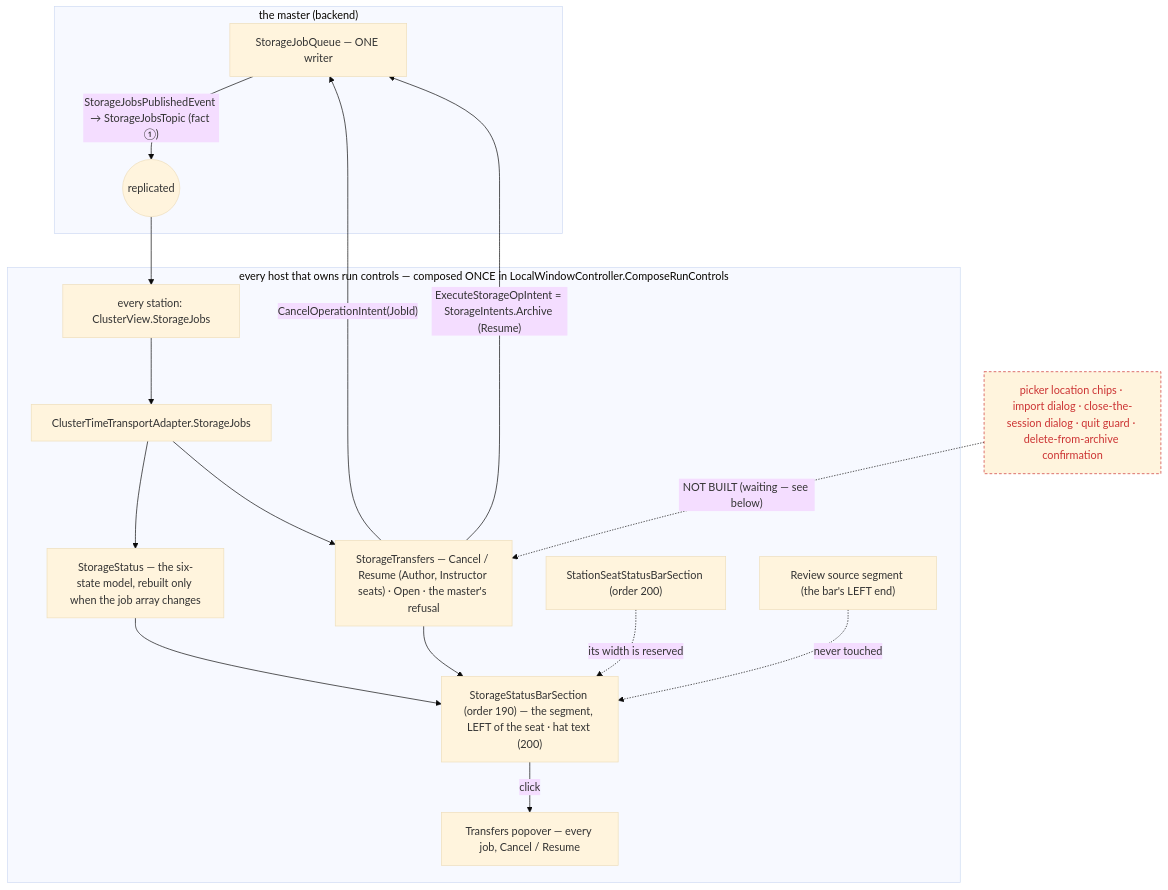
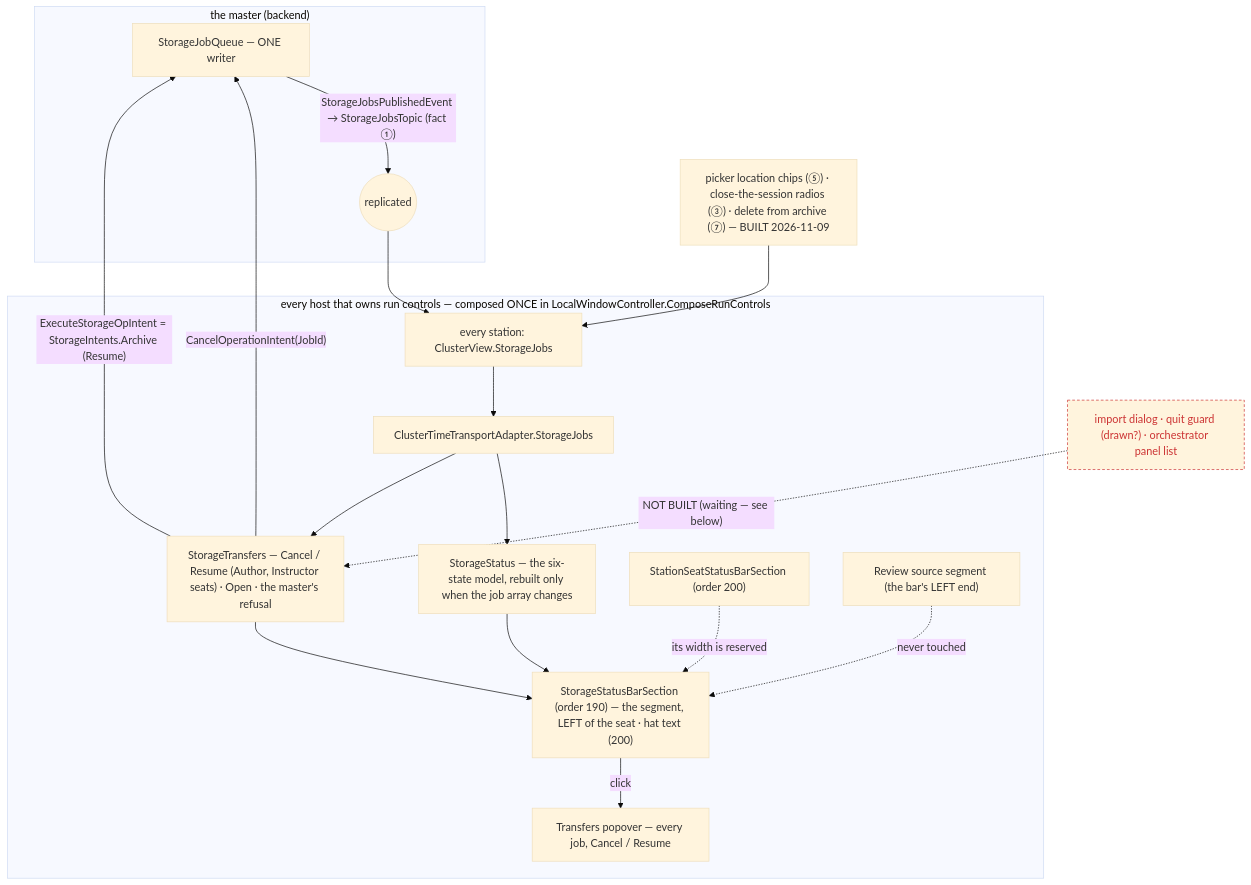
Before and after one commit to pjanec/HROT: the eighth of 8 diagrams in docs/DESIGN_Recording_Storage.md, drawn with Mermaid (base theme). The commit also changed other lines of this file and 20 other files, not shown here.

````diff
--- a/docs/DESIGN_Recording_Storage.md
+++ b/docs/DESIGN_Recording_Storage.md
@@ -472,22 +472,23 @@
 ```mermaid
 graph TD
     subgraph MASTER["the master (backend)"]
         Q["StorageJobQueue — ONE writer"] -->|"StorageJobsPublishedEvent → StorageJobsTopic (fact ①)"| TOPIC((replicated))
     end
     TOPIC --> CV["every station: ClusterView.StorageJobs"]
     subgraph STATION["every host that owns run controls — composed ONCE in LocalWindowController.ComposeRunControls"]
         CV --> FAC["ClusterTimeTransportAdapter.StorageJobs"]
         FAC --> ST["StorageStatus — the six-state model, rebuilt only when the job array changes"]
         FAC --> TR["StorageTransfers — Cancel / Resume (Author, Instructor seats) · Open · the master's refusal"]
         ST --> SEC["StorageStatusBarSection (order 190) — the segment, LEFT of the seat · hat text (200)"]
         TR --> SEC
         SEC -->|"click"| POP["Transfers popover — every job, Cancel / Resume"]
         SEAT["StationSeatStatusBarSection (order 200)"] -.->|"its width is reserved"| SEC
         SRC["Review source segment (the bar's LEFT end)"] -.->|"never touched"| SEC
     end
     TR -->|"CancelOperationIntent(JobId)"| Q
     TR -->|"ExecuteStorageOpIntent = StorageIntents.Archive (Resume)"| Q
-    PICK["picker location chips · import dialog · close-the-session dialog · quit guard · delete-from-archive confirmation"] -.->|"NOT BUILT (waiting — see below)"| TR
+    PICK["import dialog · quit guard (drawn?) · orchestrator panel list"] -.->|"NOT BUILT (waiting — see below)"| TR
+    CHIPS["picker location chips (⑤) · close-the-session radios (③) · delete from archive (⑦) — BUILT 2026-11-09"] --> CV
     classDef dead stroke:#c33,stroke-dasharray:4 3,color:#c33;
     class PICK dead;
 ```
````
